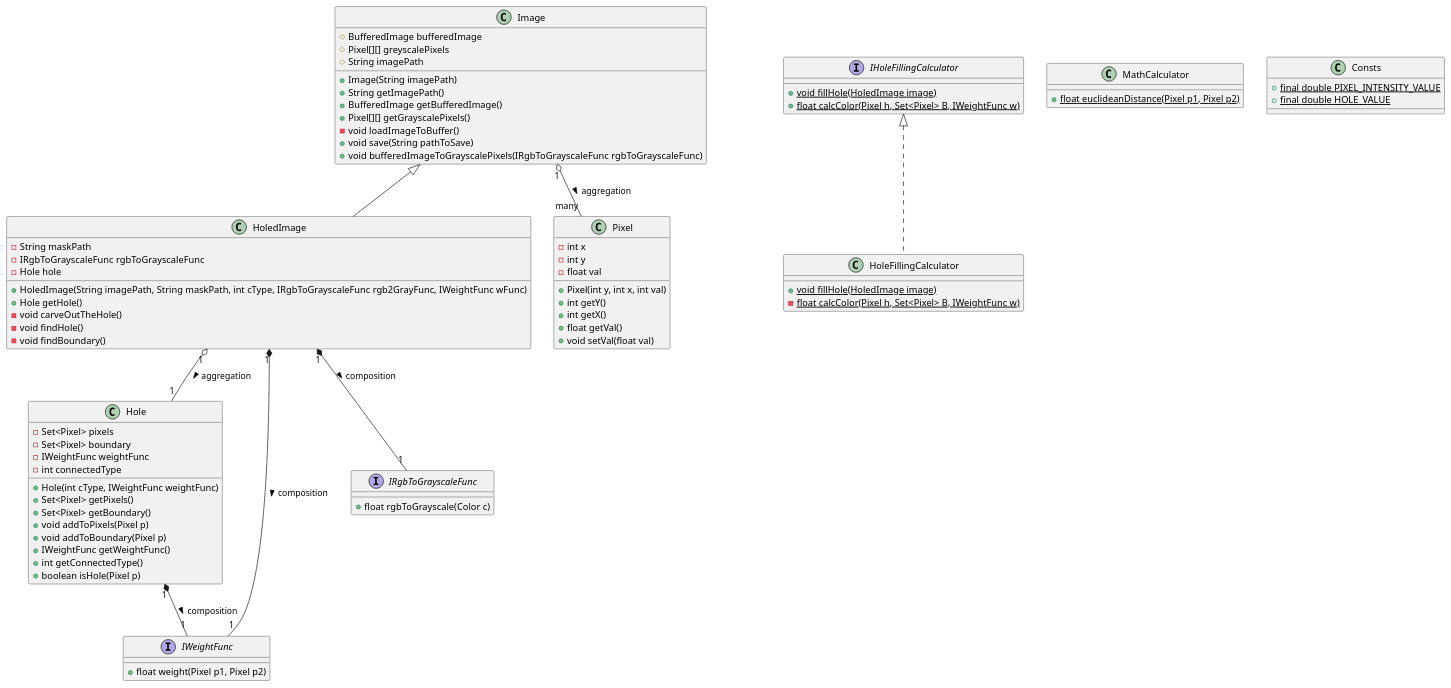
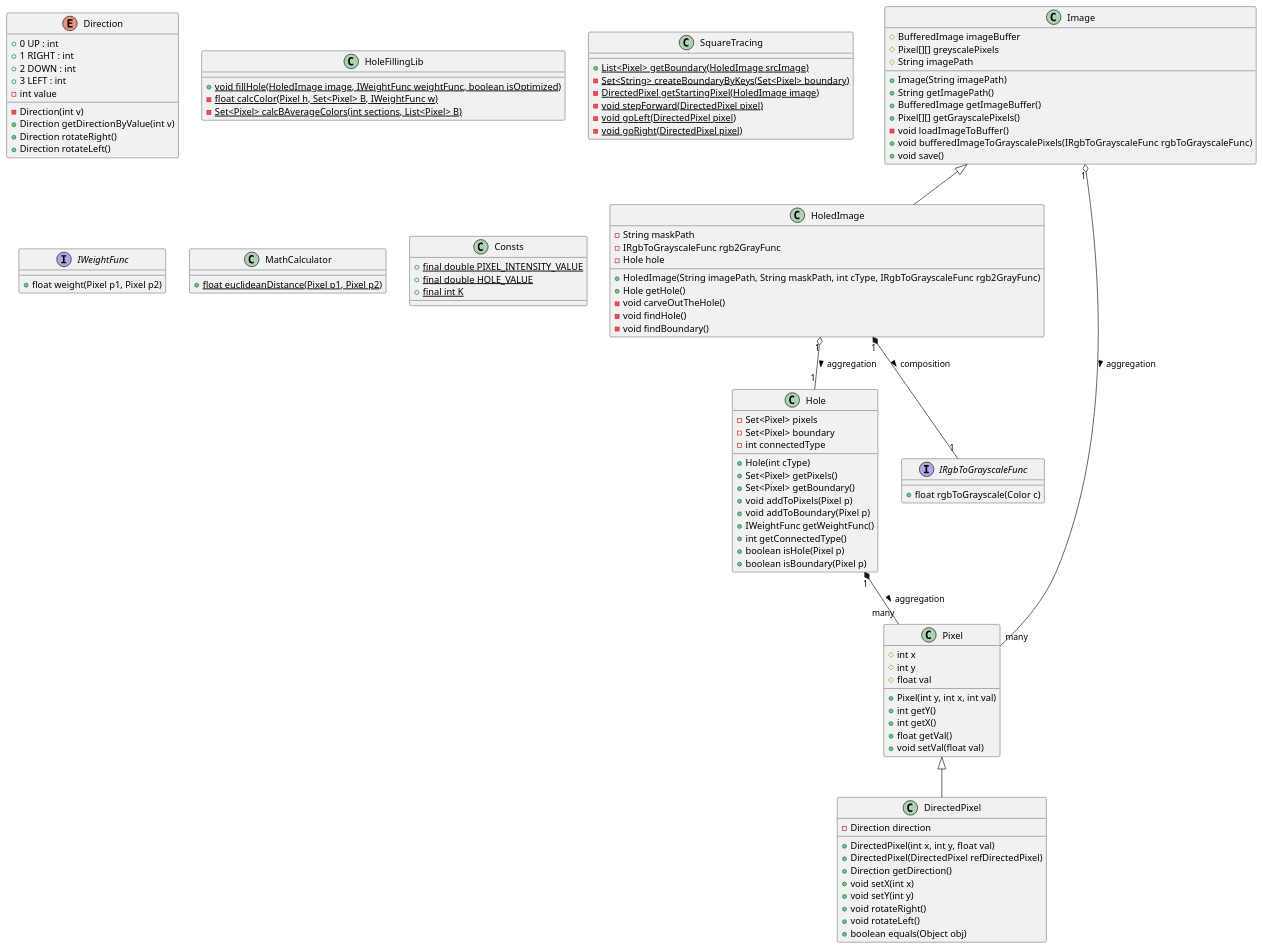
One commit to avielas/HoleFilling changed the diagram in OOD.puml. Above: the diagram before and after it, drawn with PlantUML. The commit also changed 13 other files, not shown here.

Commit message:
update OOD uml. update README.md. minor fixes

```diff
--- a/OOD.puml
+++ b/OOD.puml
@@ -1,91 +1,120 @@
 @startuml
 'https://plantuml.com/class-diagram
 
 class Image{
-    # BufferedImage bufferedImage
+    # BufferedImage imageBuffer
     # Pixel[][] greyscalePixels
     # String imagePath
     + Image(String imagePath)
     + String getImagePath()
-    + BufferedImage getBufferedImage()
+    + BufferedImage getImageBuffer()
     + Pixel[][] getGrayscalePixels()
     - void loadImageToBuffer()
-    + void save(String pathToSave)
     + void bufferedImageToGrayscalePixels(IRgbToGrayscaleFunc rgbToGrayscaleFunc)
+    + void save()
 }
 
 class HoledImage extends Image{
     - String maskPath
-    - IRgbToGrayscaleFunc rgbToGrayscaleFunc
+    - IRgbToGrayscaleFunc rgb2GrayFunc
     - Hole hole
-    + HoledImage(String imagePath, String maskPath, int cType, IRgbToGrayscaleFunc rgb2GrayFunc, IWeightFunc wFunc)
+    + HoledImage(String imagePath, String maskPath, int cType, IRgbToGrayscaleFunc rgb2GrayFunc)
     + Hole getHole()
     - void carveOutTheHole()
     - void findHole()
     - void findBoundary()
 }
 
 class Hole{
     - Set<Pixel> pixels
     - Set<Pixel> boundary
-    - IWeightFunc weightFunc
     - int connectedType
-    + Hole(int cType, IWeightFunc weightFunc)
+    + Hole(int cType)
     + Set<Pixel> getPixels()
     + Set<Pixel> getBoundary()
     + void addToPixels(Pixel p)
     + void addToBoundary(Pixel p)
     + IWeightFunc getWeightFunc()
     + int getConnectedType()
     + boolean isHole(Pixel p)
+    + boolean isBoundary(Pixel p)
+}
+
+class Pixel{
+    # int x
+    # int y
+    # float val
+    + Pixel(int y, int x, int val)
+    + int getY()
+    + int getX()
+    + float getVal()
+    + void setVal(float val)
+}
+
+class DirectedPixel extends Pixel{
+    - Direction direction
+    + DirectedPixel(int x, int y, float val)
+    + DirectedPixel(DirectedPixel refDirectedPixel)
+    + Direction getDirection()
+    + void setX(int x)
+    + void setY(int y)
+    + void rotateRight()
+    + void rotateLeft()
+    + boolean equals(Object obj)
+}
+
+enum Direction{
+    + 0 UP : int
+    + 1 RIGHT : int
+    + 2 DOWN : int
+    + 3 LEFT : int
+    - Direction(int v)
+    - int value
+    + Direction getDirectionByValue(int v)
+    + Direction rotateRight()
+    + Direction rotateLeft()
+}
+
+class HoleFillingLib{
+    + {static} void fillHole(HoledImage image, IWeightFunc weightFunc, boolean isOptimized)
+    - {static} float calcColor(Pixel h, Set<Pixel> B, IWeightFunc w)
+    - {static} Set<Pixel> calcBAverageColors(int sections, List<Pixel> B)
+}
+
+class SquareTracing{
+    + {static} List<Pixel> getBoundary(HoledImage srcImage)
+    - {static} Set<String> createBoundaryByKeys(Set<Pixel> boundary)
+    - {static} DirectedPixel getStartingPixel(HoledImage image)
+    - {static} void stepForward(DirectedPixel pixel)
+    - {static} void goLeft(DirectedPixel pixel)
+    - {static} void goRight(DirectedPixel pixel)
 }
 
 interface IWeightFunc{
     + float weight(Pixel p1, Pixel p2)
 }
 
 interface IRgbToGrayscaleFunc{
     + float rgbToGrayscale(Color c)
 }
 
-class Pixel{
-    - int x
-    - int y
-    - float val
-    + Pixel(int y, int x, int val)
-    + int getY()
-    + int getX()
-    + float getVal()
-    + void setVal(float val)
-}
-
-class HoleFillingCalculator implements IHoleFillingCalculator{
-    + {static} void fillHole(HoledImage image)
-    - {static} float calcColor(Pixel h, Set<Pixel> B, IWeightFunc w)
-}
-
-interface IHoleFillingCalculator{
-    + {static} void fillHole(HoledImage image)
-    + {static} float calcColor(Pixel h, Set<Pixel> B, IWeightFunc w)
-}
-
 class MathCalculator{
     + {static} float euclideanDistance(Pixel p1, Pixel p2)
 }
 
 class Consts{
     + {static} final double PIXEL_INTENSITY_VALUE
     + {static} final double HOLE_VALUE
+    + {static} final int K
 }
 
 'Aggregation
 Image "1" o-- "many" Pixel : aggregation >
 HoledImage "1" o-- "1" Hole : aggregation >
 
 
 'Composition
 HoledImage "1" *-- "1" IRgbToGrayscaleFunc : composition >
-HoledImage "1" *-- "1" IWeightFunc : composition >
-Hole "1" *-- "1" IWeightFunc : composition >
+Hole "1" *-- "many" Pixel : aggregation >
 
 @enduml
```
